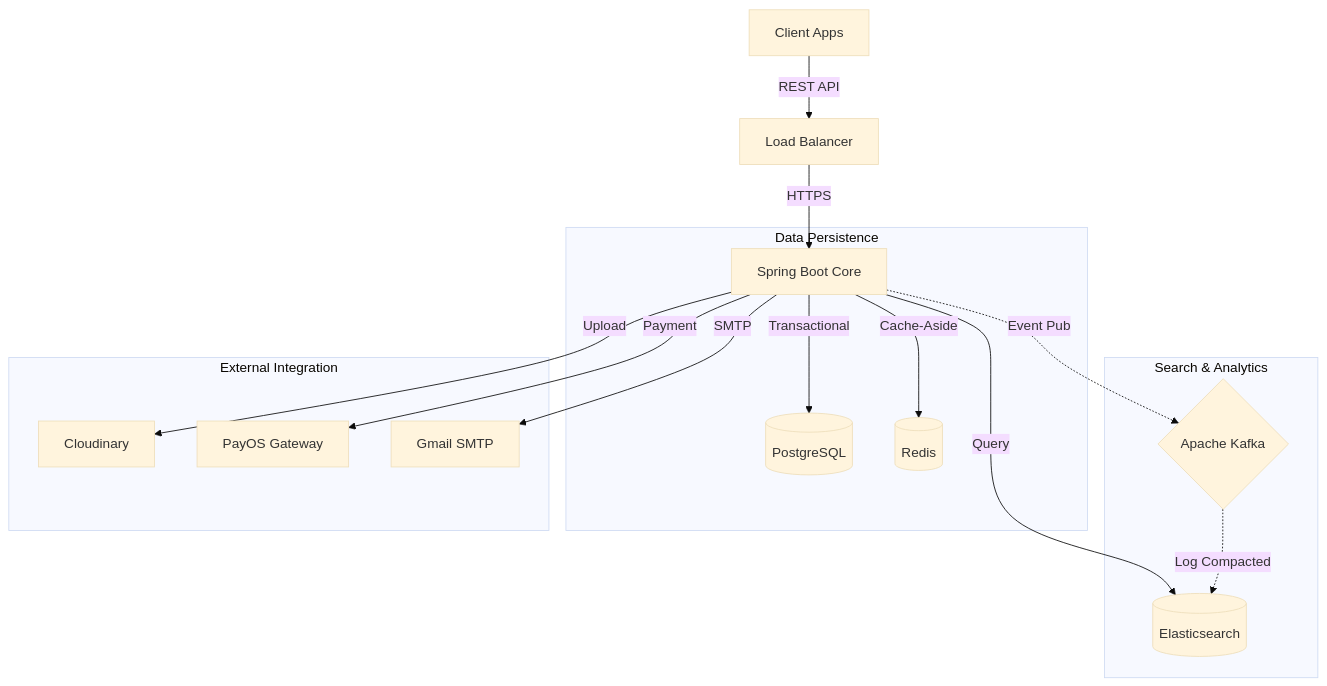
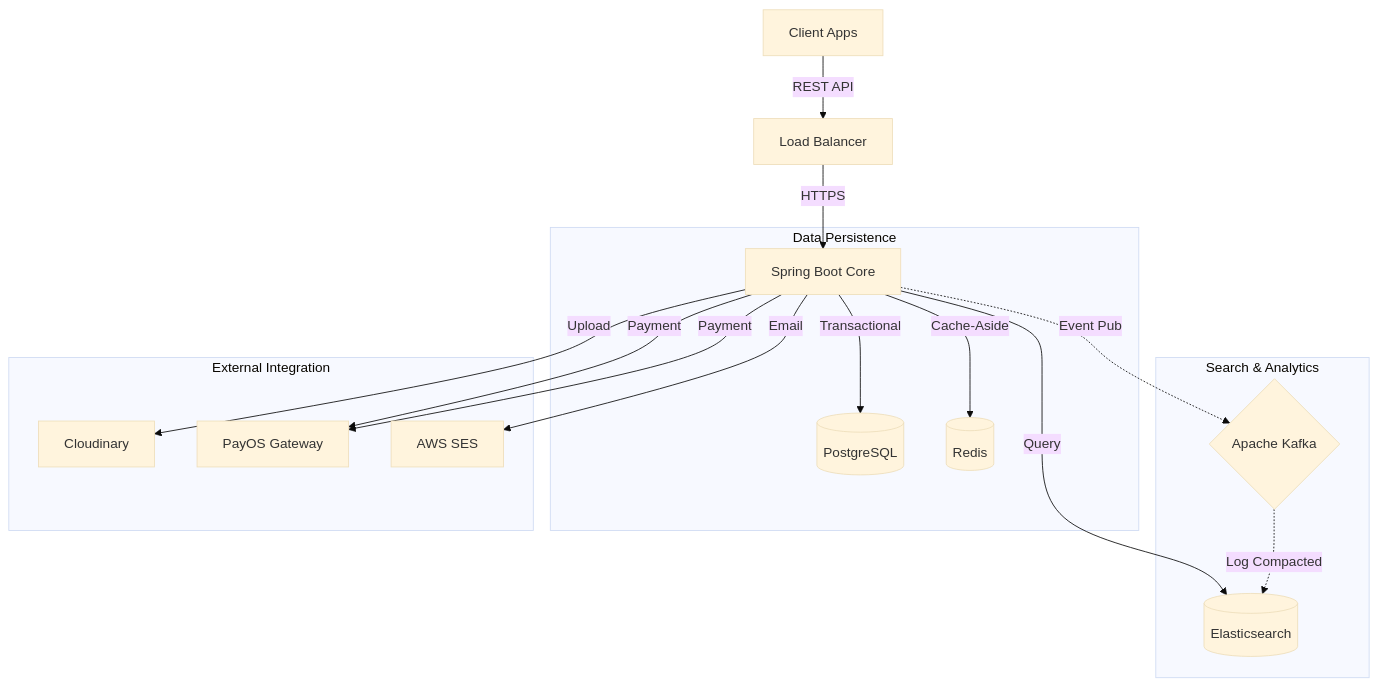
One commit to NguyenMinh1301/Per changed the diagram in README.md. Above: the diagram before and after it, drawn with Mermaid (base theme). The commit also changed 3 other files, not shown here.

Commit message:
chore(infra): update environment config and documentation for AWS SES

````diff
--- a/README.md
+++ b/README.md
@@ -32,22 +32,23 @@
 ```mermaid
 graph TD
     Client[Client Apps] -->|REST API| LB[Load Balancer]
     LB -->|HTTPS| Core[Spring Boot Core]
     
     subgraph "Data Persistence"
         Core -->|Transactional| DB[(PostgreSQL)]
         Core -->|Cache-Aside| Redis[(Redis)]
     end
     
     subgraph "Search & Analytics"
         Core -->|Query| ES[(Elasticsearch)]
         Core -.->|Event Pub| Kafka{Apache Kafka}
         Kafka -.->|Log Compacted| ES
     end
     
     subgraph "External Integration"
         Core -->|Upload| Cloudinary[Cloudinary]
         Core -->|Payment| PayOS[PayOS Gateway]
-        Core -->|SMTP| MailAuth[Gmail SMTP]
+        Core -->|Payment| PayOS[PayOS Gateway]
+        Core -->|Email| SES[AWS SES]
     end
 ```
````
